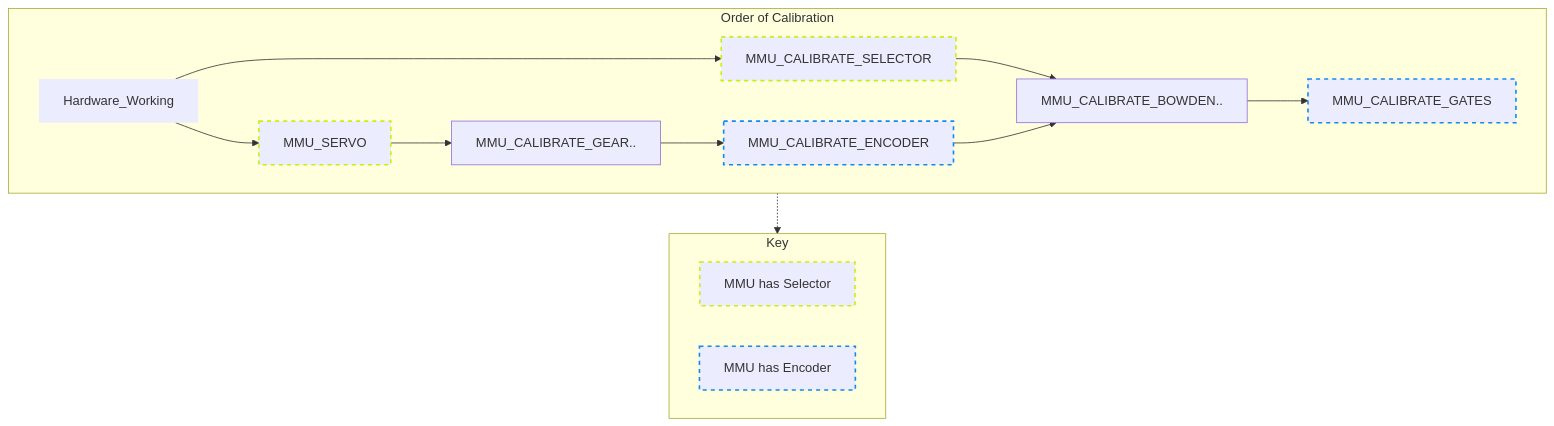
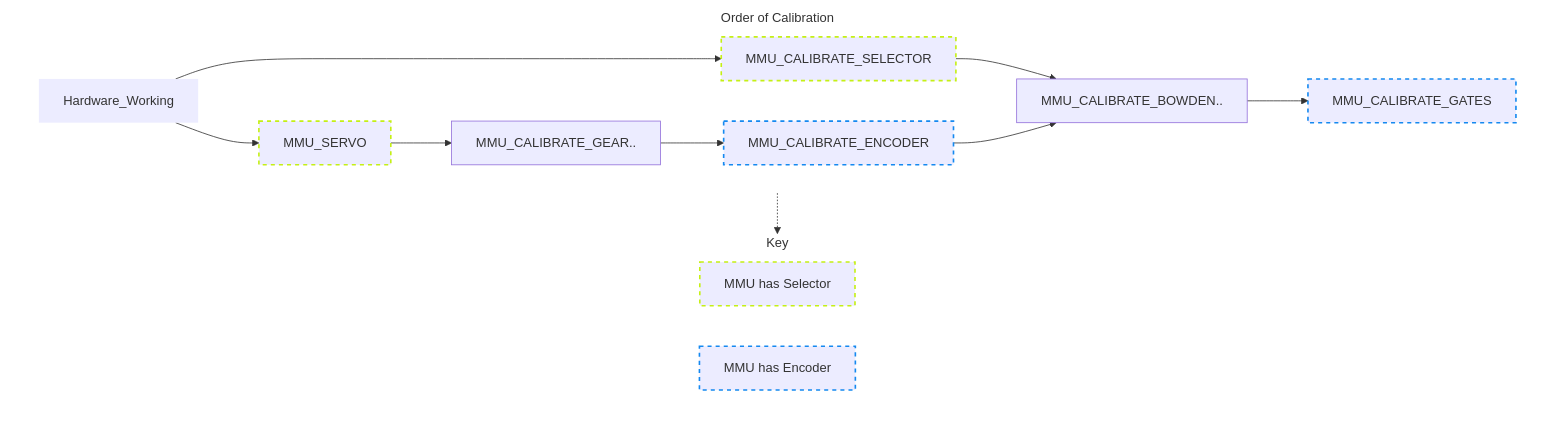
One commit to 3DCoded/Happy-Hare changed the diagram in MMU-Calibration.md. Above: the diagram before and after it, drawn with Mermaid.

````diff
--- a/MMU-Calibration.md
+++ b/MMU-Calibration.md
@@ -22,29 +22,29 @@
 ```mermaid
 graph TD;
   subgraph sequence ["Order of Calibration"]
     Hardware_Working --> MMU_SERVO
     Hardware_Working --> MMU_CALIBRATE_SELECTOR
     MMU_CALIBRATE_SELECTOR --> MMU_CALIBRATE_BOWDEN
     MMU_SERVO --> MMU_CALIBRATE_GEAR["MMU_CALIBRATE_GEAR.."]
     MMU_CALIBRATE_GEAR --> MMU_CALIBRATE_ENCODER
     MMU_CALIBRATE_ENCODER --> MMU_CALIBRATE_BOWDEN["MMU_CALIBRATE_BOWDEN.."]
     MMU_CALIBRATE_BOWDEN --> MMU_CALIBRATE_GATES
   end
+  style Hardware_Working stroke-width:0px
+  style MMU_SERVO stroke-dasharray: 5 5, stroke:#c5f015, stroke-width:2px
+  style MMU_CALIBRATE_SELECTOR stroke-dasharray: 5 5, stroke:#c5f015, stroke-width:2px
+  style MMU_CALIBRATE_ENCODER stroke-dasharray: 5 5, stroke:#1589f0, stroke-width:2px
+  style MMU_CALIBRATE_GATES stroke-dasharray: 5 5, stroke:#1589f0, stroke-width:2px
 
   sequence -.-> key
 
   subgraph key ["Key"]
     LINEAR_SELECTOR["MMU has Selector"]
     ENCODER["MMU has Encoder"]
   end
-
-
-  style Hardware_Working stroke-width:0px
-  style MMU_SERVO stroke-dasharray: 5 5, stroke:#c5f015, stroke-width:2px
-  style MMU_CALIBRATE_SELECTOR stroke-dasharray: 5 5, stroke:#c5f015, stroke-width:2px
-  style MMU_CALIBRATE_ENCODER stroke-dasharray: 5 5, stroke:#1589f0, stroke-width:2px
-  style MMU_CALIBRATE_GATES stroke-dasharray: 5 5, stroke:#1589f0, stroke-width:2px
-
   style LINEAR_SELECTOR stroke-dasharray: 5 5, stroke:#c5f015, stroke-width:2px
   style ENCODER stroke-dasharray: 5 5, stroke:#1589f0, stroke-width:2px
+
+  style sequence fill:transparent,stroke:none
+  style key fill:transparent,stroke:none
 ```
````
